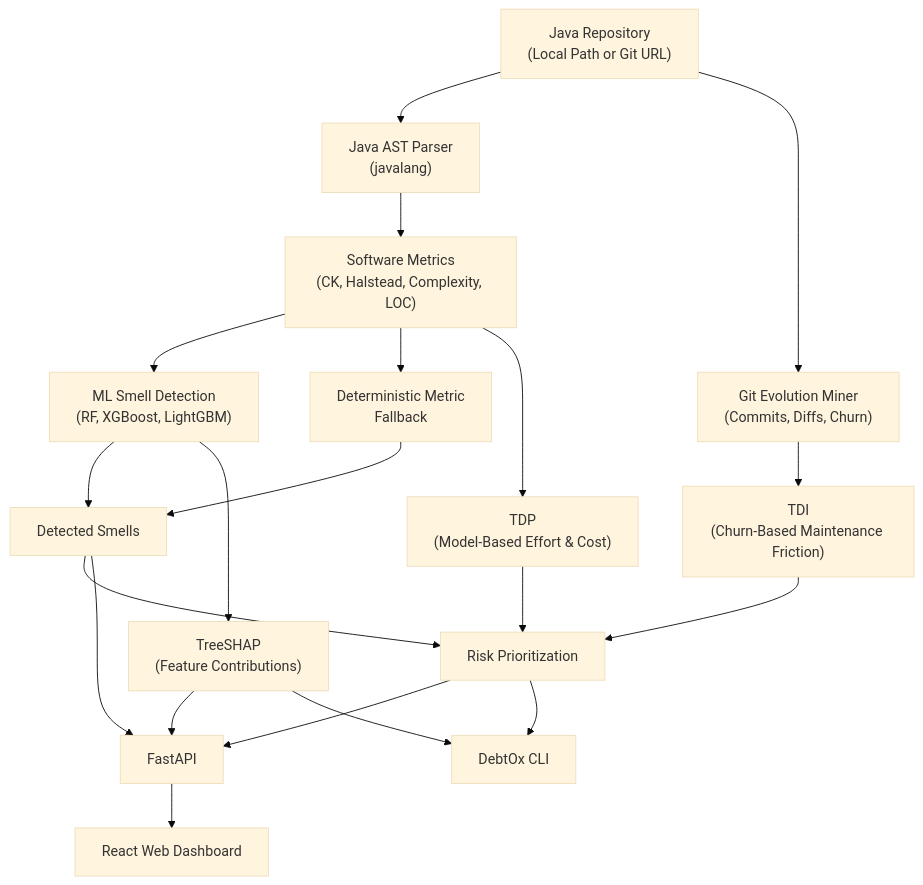
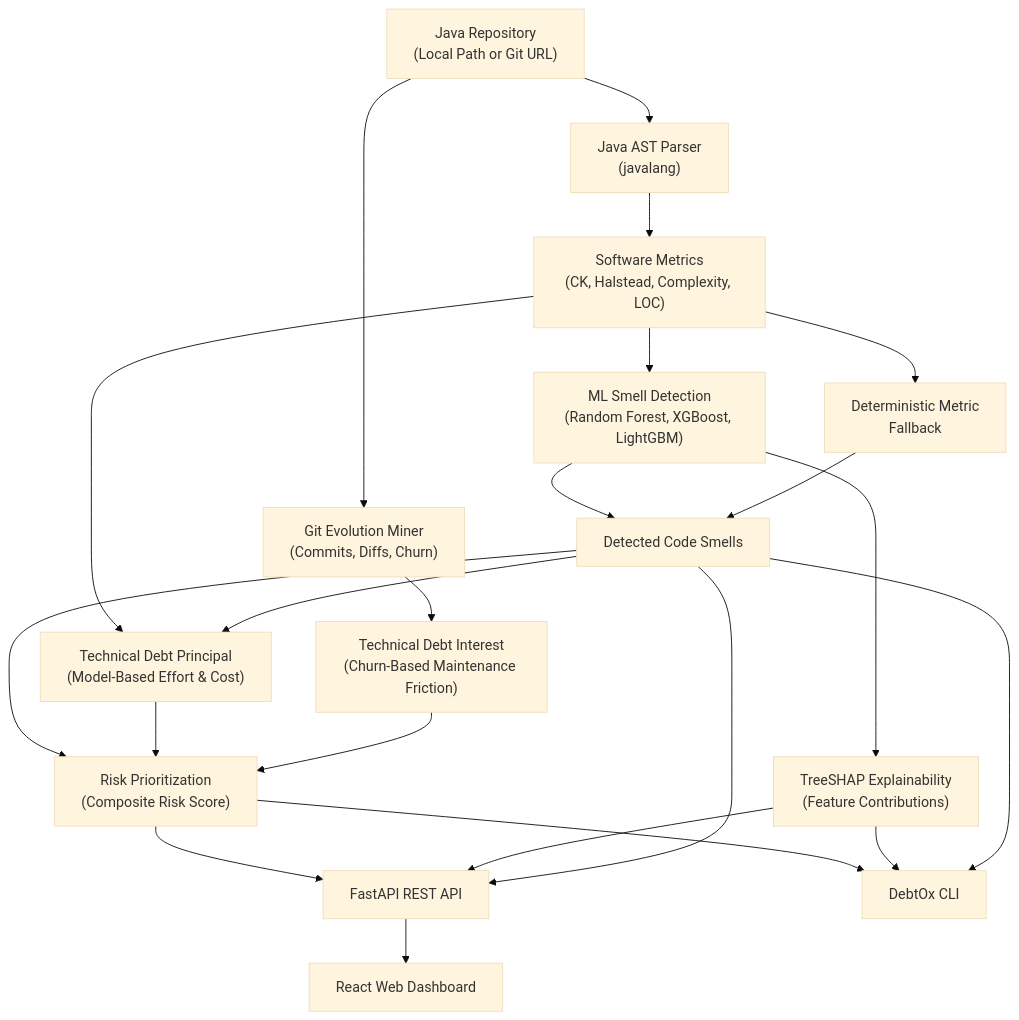
One commit to brijeshkumarmorya/debtox changed the diagram in README.md. Above: the diagram before and after it, drawn with Mermaid (base theme). The commit also changed other lines of this file, not shown here.

Commit message:
docs : update README file

````diff
--- a/README.md
+++ b/README.md
@@ -94,32 +94,37 @@
 ```mermaid
 flowchart TD
+
     Repo["Java Repository<br/>(Local Path or Git URL)"]
 
     Repo --> AST["Java AST Parser<br/>(javalang)"]
     Repo --> Git["Git Evolution Miner<br/>(Commits, Diffs, Churn)"]
 
     AST --> Metrics["Software Metrics<br/>(CK, Halstead, Complexity, LOC)"]
 
-    Metrics --> ML["ML Smell Detection<br/>(RF, XGBoost, LightGBM)"]
+    Metrics --> ML["ML Smell Detection<br/>(Random Forest, XGBoost, LightGBM)"]
     Metrics --> Fallback["Deterministic Metric<br/>Fallback"]
 
-    ML --> Smells["Detected Smells"]
+    ML --> Smells["Detected Code Smells"]
     Fallback --> Smells
 
-    Metrics --> TDP["TDP<br/>(Model-Based Effort & Cost)"]
-    Git --> TDI["TDI<br/>(Churn-Based Maintenance Friction)"]
+    Metrics --> TDP["Technical Debt Principal<br/>(Model-Based Effort & Cost)"]
+    Smells --> TDP
 
-    ML --> SHAP["TreeSHAP<br/>(Feature Contributions)"]
+    Git --> TDI["Technical Debt Interest<br/>(Churn-Based Maintenance Friction)"]
 
-    Smells --> Risk["Risk Prioritization"]
+    ML --> SHAP["TreeSHAP Explainability<br/>(Feature Contributions)"]
+
+    Smells --> Risk["Risk Prioritization<br/>(Composite Risk Score)"]
     TDP --> Risk
     TDI --> Risk
 
-    Risk --> API["FastAPI"]
+    Risk --> API["FastAPI REST API"]
     SHAP --> API
     Smells --> API
 
     API --> UI["React Web Dashboard"]
+
     Risk --> CLI["DebtOx CLI"]
     SHAP --> CLI
+    Smells --> CLI
 ```
````
